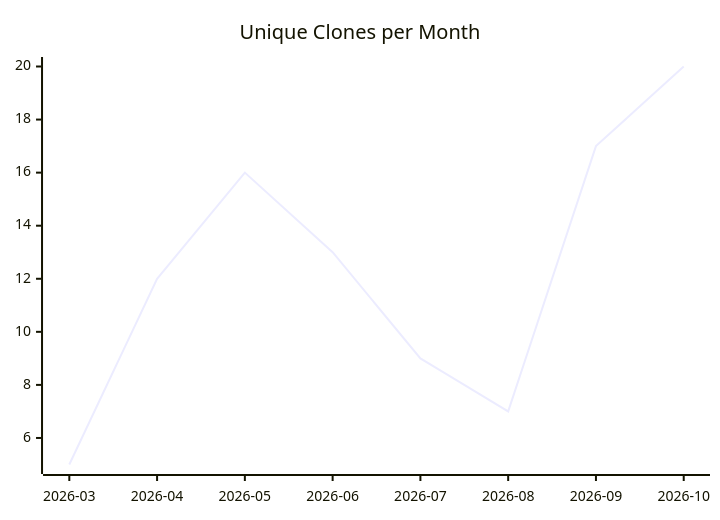
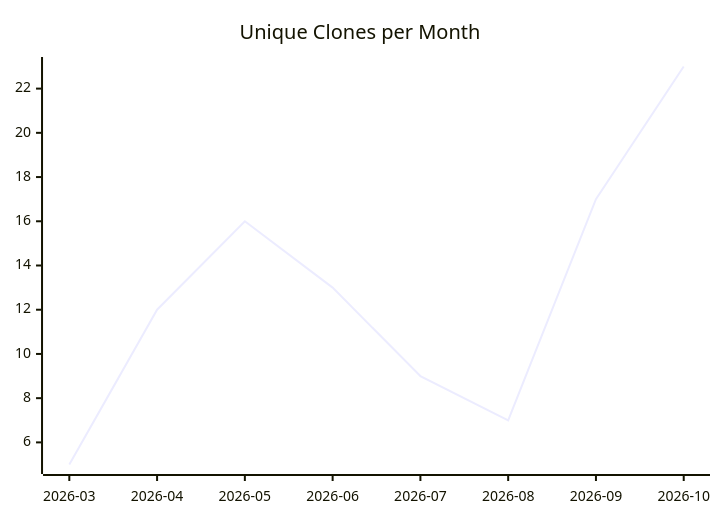
The third of 3 diagrams in karlmdavis/justdavis-karl/README.md (justdavis-family/github-analytics-data), drawn with Mermaid before and after one commit. The commit also changed other lines of this file and 198 other files, not shown here.

````diff
--- a/karlmdavis/justdavis-karl/README.md
+++ b/karlmdavis/justdavis-karl/README.md
@@ -19,6 +19,6 @@
 ```mermaid
 xychart-beta
   title "Unique Clones per Month"
   x-axis ["2026-03", "2026-04", "2026-05", "2026-06", "2026-07", "2026-08", "2026-09", "2026-10"]
-  line [5, 12, 16, 13, 9, 7, 17, 20]
+  line [5, 12, 16, 13, 9, 7, 17, 23]
 ```
````
